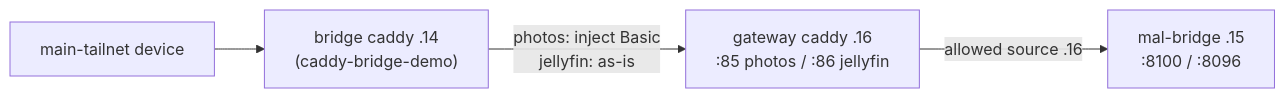
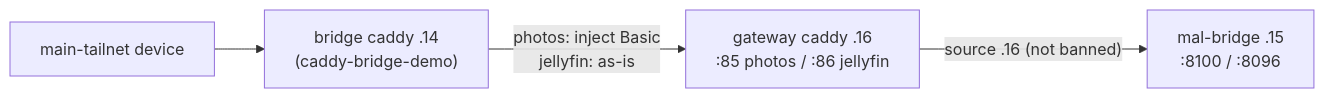
Before and after one commit to mm-tasty/infrastructure: the diagram in skills/sharedscale/SKILL.md, drawn with Mermaid. The commit also changed other lines of this file, not shown here.

First line of the commit message:
docs(skill): sharedscale 403 from mal-bridge was a CrowdSec ban on .14, not an allowlist

````diff
--- a/skills/sharedscale/SKILL.md
+++ b/skills/sharedscale/SKILL.md
@@ -51,6 +51,6 @@
 ```mermaid
 flowchart LR
     D["main-tailnet device"] --> B["bridge caddy .14<br/>(caddy-bridge-demo)"]
     B -->|"photos: inject Basic<br/>jellyfin: as-is"| G["gateway caddy .16<br/>:85 photos / :86 jellyfin"]
-    G -->|"allowed source .16"| M["mal-bridge .15<br/>:8100 / :8096"]
+    G -->|"source .16 (not banned)"| M["mal-bridge .15<br/>:8100 / :8096"]
 ```
````
